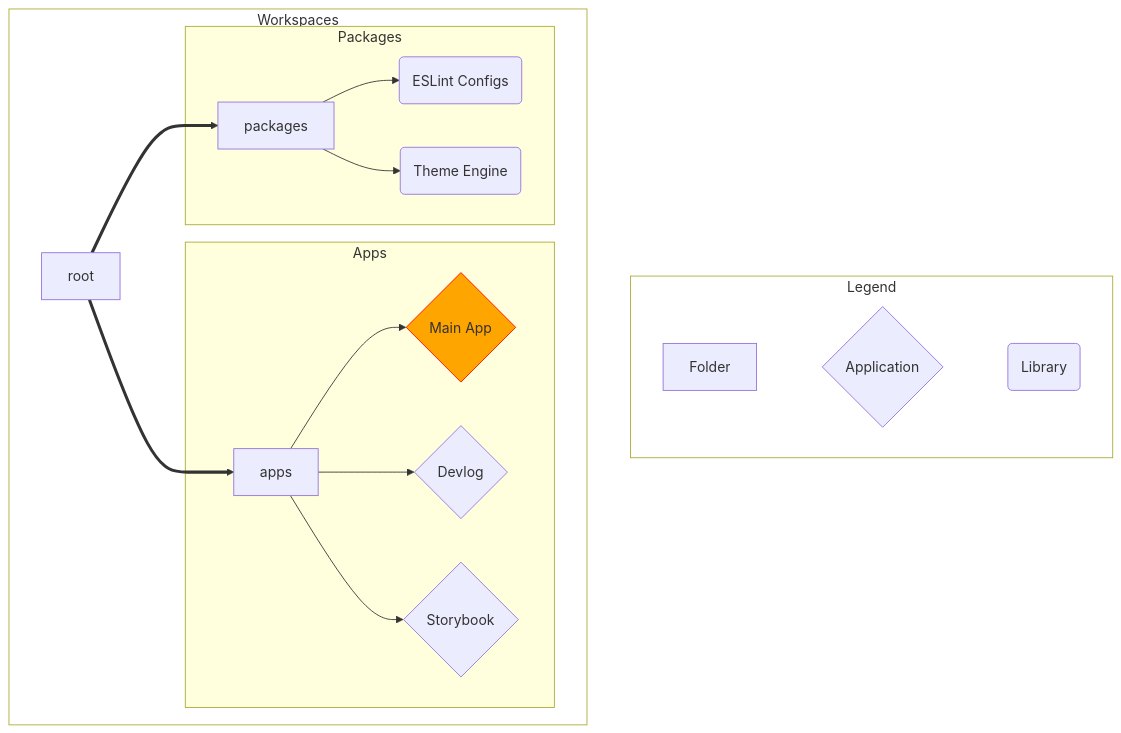
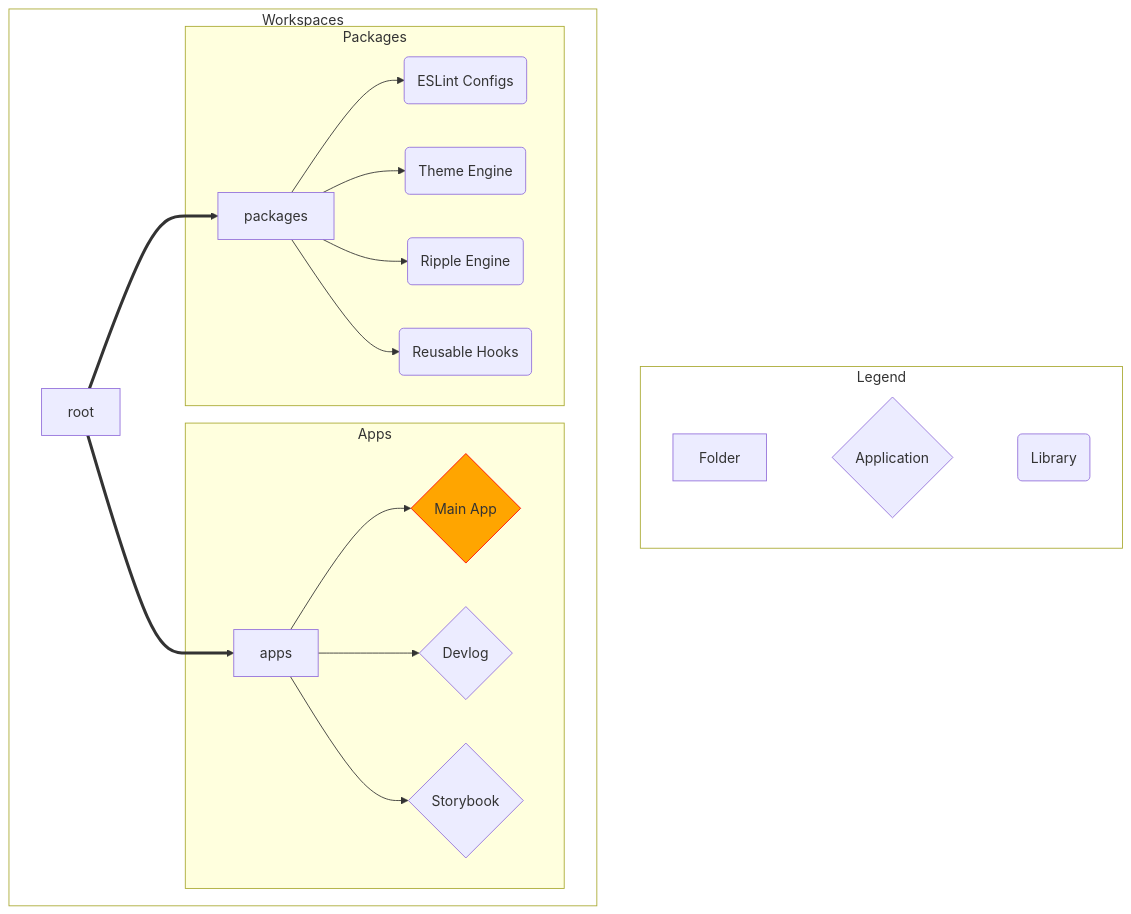
One commit to sabinmarcu/librario changed the diagram in apps/docs/docs/overview.md. Above: the diagram before and after it, drawn with Mermaid.

Commit message:
feat(@librario/docs): add hooks and ripple to overview chart

````diff
--- a/apps/docs/docs/overview.md
+++ b/apps/docs/docs/overview.md
@@ -17,23 +17,25 @@
 ```mermaid
 graph TD
   subgraph Legend
     direction LR
     folder[ Folder ] ~~~ app{ Application } ~~~ lib( Library )
   end
   subgraph Workspaces
   R[ root ] ==> A[ apps ]
   R[ root ] ==> P[ packages ]
   subgraph Apps
   A --> APP{ Main App }
   A --> DOCS{ Devlog }
   A --> SB{ Storybook }
   end
   subgraph Packages
   P --> ESL( ESLint Configs )
-  P --> T( Theme Engine )
+  P --> THEME( Theme Engine )
+  P --> RIPPLE( Ripple Engine )
+  P --> HOOKS( Reusable Hooks )
   end
   end
   style APP stroke:red,fill:orange
   style Legend fill:transparent
   style Workspaces fill:transparent
 ```
````
